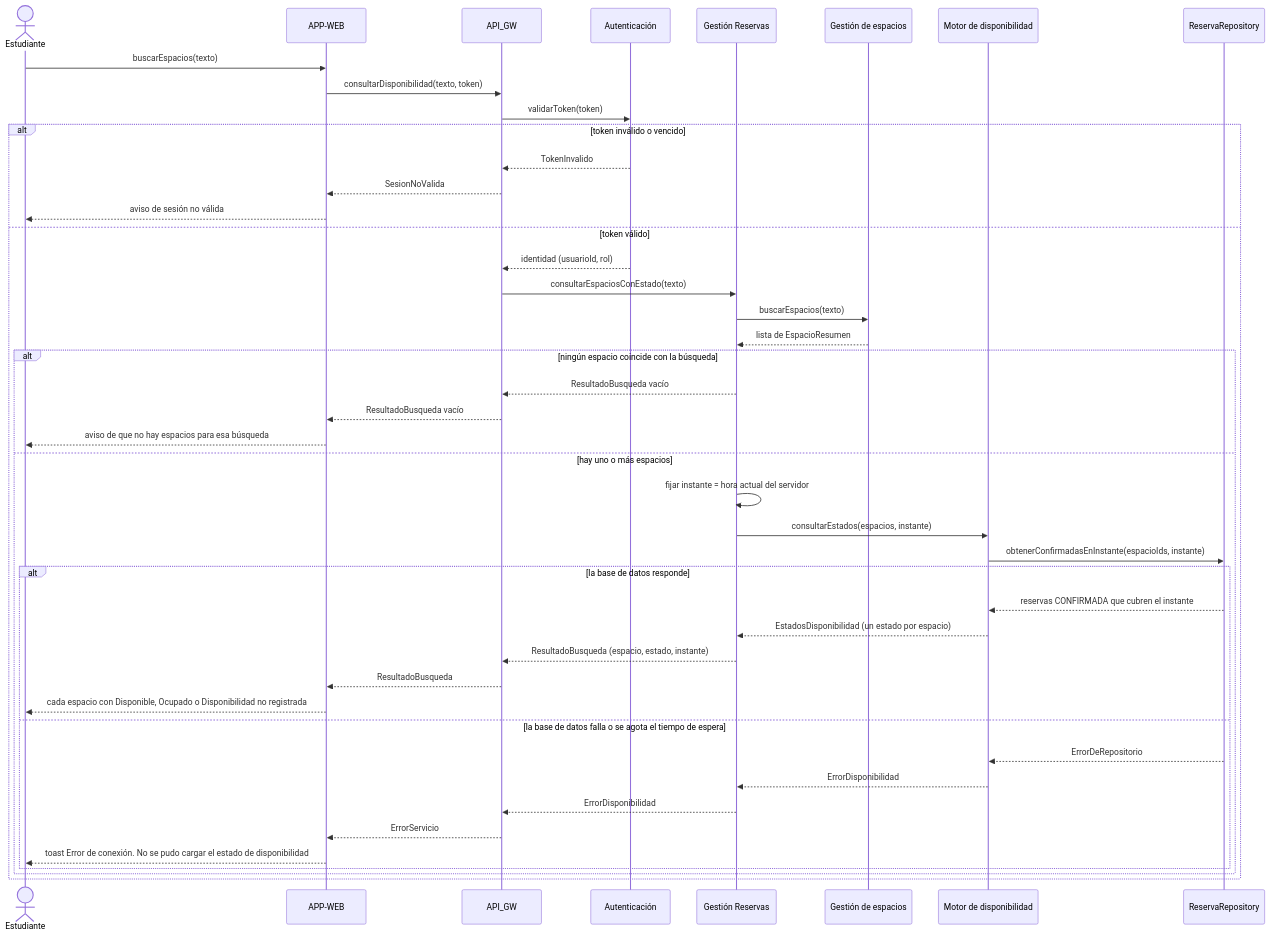
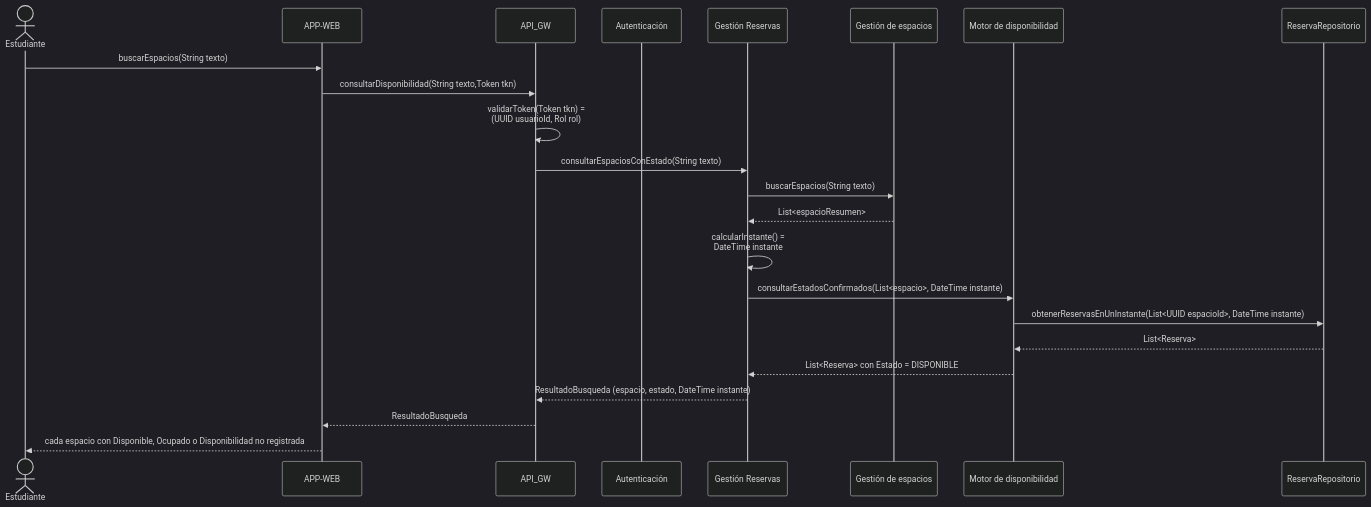
One commit to oscarmedina0116/proyecto_ingesoft changed the first of 3 diagrams in docs/design/02_Interaction_and_Data_Design.md. Above: the diagram before and after it, drawn with Mermaid. The commit also changed other lines of this file, not shown here.

Commit message:
Rename ReservaRepository to ReservaRepositorio

````diff
--- a/docs/design/02_Interaction_and_Data_Design.md
+++ b/docs/design/02_Interaction_and_Data_Design.md
@@ -30,47 +30,31 @@
 ```mermaid
+---
+config:
+  theme: dark
+---
 sequenceDiagram
     actor EST as Estudiante
     participant APP as APP-WEB
     participant GW as API_GW
     participant AUT as Autenticación
     participant GR as Gestión Reservas
     participant GE as Gestión de espacios
     participant MD as Motor de disponibilidad
-    participant RR as ReservaRepository
+    participant RR as ReservaRepositorio
 
-    EST->>APP: buscarEspacios(texto)
-    APP->>GW: consultarDisponibilidad(texto, token)
-    GW->>AUT: validarToken(token)
-    alt token inválido o vencido
-        AUT-->>GW: TokenInvalido
-        GW-->>APP: SesionNoValida
-        APP-->>EST: aviso de sesión no válida
-    else token válido
-        AUT-->>GW: identidad (usuarioId, rol)
-        GW->>GR: consultarEspaciosConEstado(texto)
-        GR->>GE: buscarEspacios(texto)
-        GE-->>GR: lista de EspacioResumen
-        alt ningún espacio coincide con la búsqueda
-            GR-->>GW: ResultadoBusqueda vacío
-            GW-->>APP: ResultadoBusqueda vacío
-            APP-->>EST: aviso de que no hay espacios para esa búsqueda
-        else hay uno o más espacios
-            GR->>GR: fijar instante = hora actual del servidor
-            GR->>MD: consultarEstados(espacios, instante)
-            MD->>RR: obtenerConfirmadasEnInstante(espacioIds, instante)
-            alt la base de datos responde
-                RR-->>MD: reservas CONFIRMADA que cubren el instante
-                MD-->>GR: EstadosDisponibilidad (un estado por espacio)
-                GR-->>GW: ResultadoBusqueda (espacio, estado, instante)
-                GW-->>APP: ResultadoBusqueda
-                APP-->>EST: cada espacio con Disponible, Ocupado o Disponibilidad no registrada
-            else la base de datos falla o se agota el tiempo de espera
-                RR-->>MD: ErrorDeRepositorio
-                MD-->>GR: ErrorDisponibilidad
-                GR-->>GW: ErrorDisponibilidad
-                GW-->>APP: ErrorServicio
-                APP-->>EST: toast Error de conexión. No se pudo cargar el estado de disponibilidad
-            end
-        end
-    end
+    EST->>APP: buscarEspacios(String texto)
+    APP->>GW: consultarDisponibilidad(String texto,Token tkn)
+    GW->>GW: validarToken(Token tkn) = <br> (UUID usuarioId, Rol rol)
+
+    GW->>GR: consultarEspaciosConEstado(String texto)
+    GR->>GE: buscarEspacios(String texto)
+    GE-->>GR: List<espacioResumen>
+    GR->>GR: calcularInstante() = <br> DateTime instante
+    GR->>MD: consultarEstadosConfirmados(List<espacio>, DateTime instante)
+    MD->>RR: obtenerReservasEnUnInstante(List<UUID espacioId>, DateTime instante)
+    RR-->>MD: List<Reserva>
+    MD-->>GR: List<Reserva> con Estado = DISPONIBLE
+    GR-->>GW: ResultadoBusqueda (espacio, estado, DateTime instante)
+    GW-->>APP: ResultadoBusqueda
+    APP-->>EST: cada espacio con Disponible, Ocupado o Disponibilidad no registrada
 ```
````
